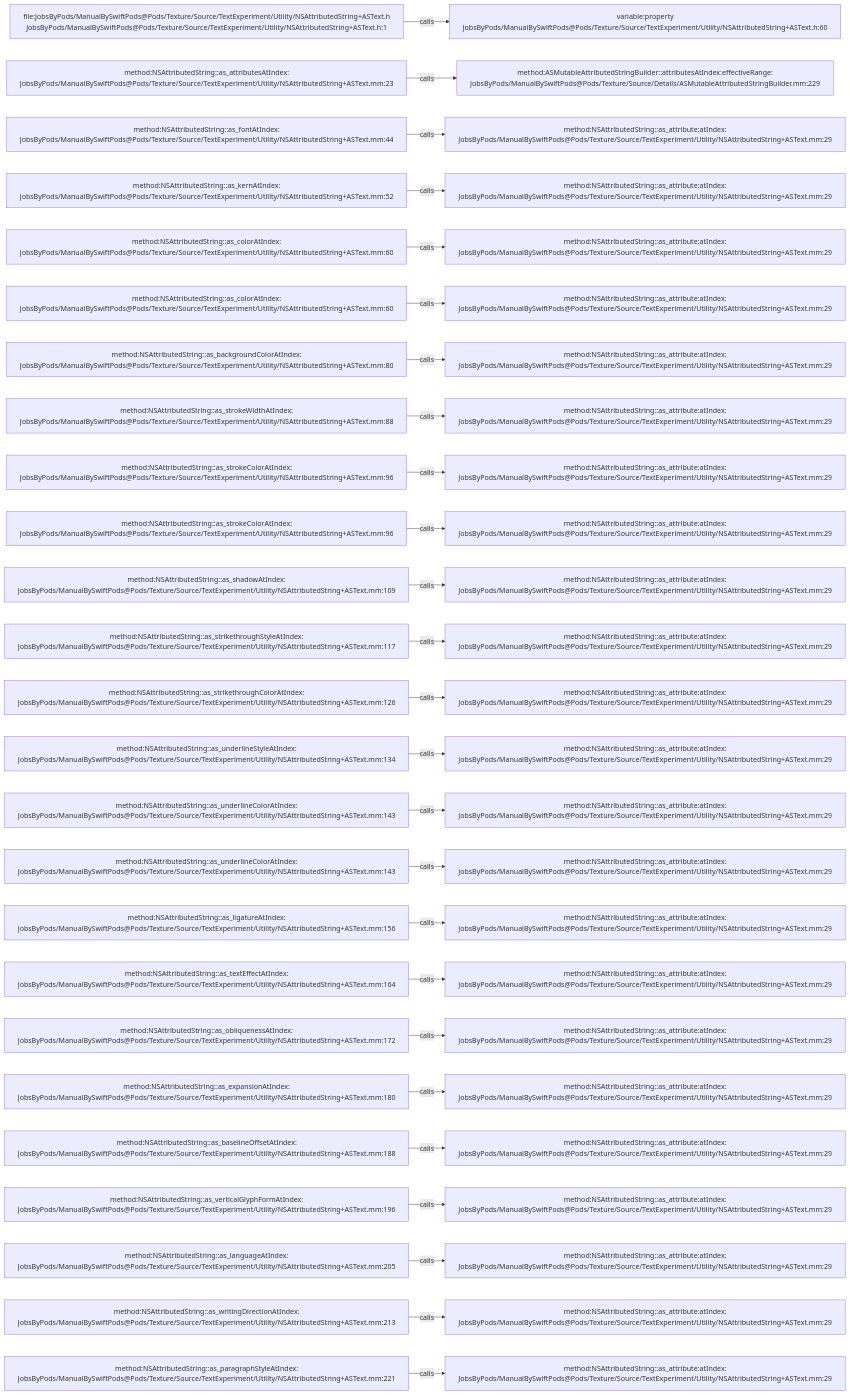
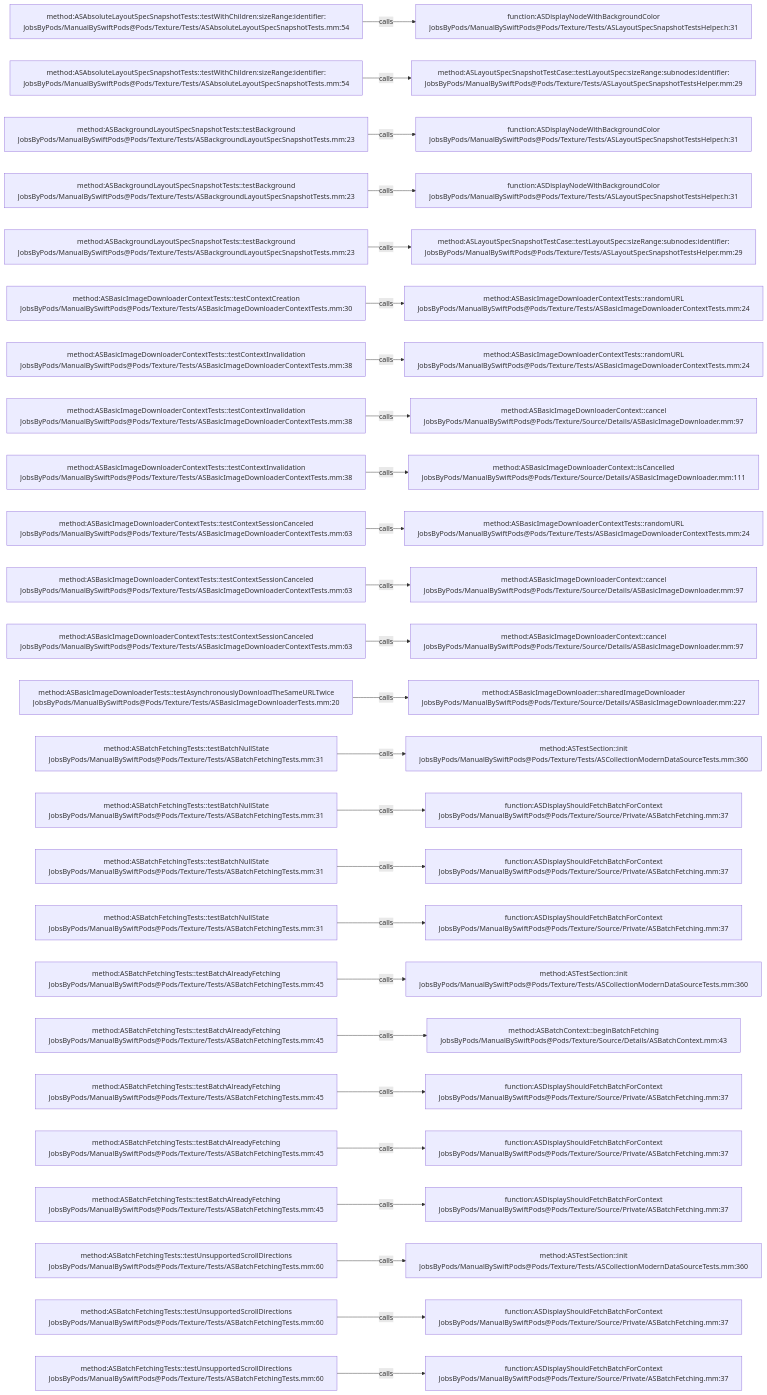
Before and after one commit to JobsKits/JobsSwiftBaseConfigDemo: the diagram in .codegraph/codegraph.md/graphs/calls-161.md, drawn with Mermaid. The commit also changed 832 other files, not shown here.

````diff
--- a/.codegraph/codegraph.md/graphs/calls-161.md
+++ b/.codegraph/codegraph.md/graphs/calls-161.md
@@ -13,78 +13,78 @@
 ```mermaid
 flowchart LR
-  S1["file:JobsByPods/ManualBySwiftPods@Pods/Texture/Source/TextExperiment/Utility/NSAttributedString+ASText.h<br/>JobsByPods/ManualBySwiftPods@Pods/Texture/Source/TextExperiment/Utility/NSAttributedString+ASText.h:1"]
-  T1["variable:property<br/>JobsByPods/ManualBySwiftPods@Pods/Texture/Source/TextExperiment/Utility/NSAttributedString+ASText.h:60"]
+  S1["method:ASAbsoluteLayoutSpecSnapshotTests::testWithChildren:sizeRange:identifier:<br/>JobsByPods/ManualBySwiftPods@Pods/Texture/Tests/ASAbsoluteLayoutSpecSnapshotTests.mm:54"]
+  T1["function:ASDisplayNodeWithBackgroundColor<br/>JobsByPods/ManualBySwiftPods@Pods/Texture/Tests/ASLayoutSpecSnapshotTestsHelper.h:31"]
   S1 -->|calls| T1
-  S2["method:NSAttributedString::as_attributesAtIndex:<br/>JobsByPods/ManualBySwiftPods@Pods/Texture/Source/TextExperiment/Utility/NSAttributedString+ASText.mm:23"]
-  T2["method:ASMutableAttributedStringBuilder::attributesAtIndex:effectiveRange:<br/>JobsByPods/ManualBySwiftPods@Pods/Texture/Source/Details/ASMutableAttributedStringBuilder.mm:229"]
+  S2["method:ASAbsoluteLayoutSpecSnapshotTests::testWithChildren:sizeRange:identifier:<br/>JobsByPods/ManualBySwiftPods@Pods/Texture/Tests/ASAbsoluteLayoutSpecSnapshotTests.mm:54"]
+  T2["method:ASLayoutSpecSnapshotTestCase::testLayoutSpec:sizeRange:subnodes:identifier:<br/>JobsByPods/ManualBySwiftPods@Pods/Texture/Tests/ASLayoutSpecSnapshotTestsHelper.mm:29"]
   S2 -->|calls| T2
-  S3["method:NSAttributedString::as_fontAtIndex:<br/>JobsByPods/ManualBySwiftPods@Pods/Texture/Source/TextExperiment/Utility/NSAttributedString+ASText.mm:44"]
-  T3["method:NSAttributedString::as_attribute:atIndex:<br/>JobsByPods/ManualBySwiftPods@Pods/Texture/Source/TextExperiment/Utility/NSAttributedString+ASText.mm:29"]
+  S3["method:ASBackgroundLayoutSpecSnapshotTests::testBackground<br/>JobsByPods/ManualBySwiftPods@Pods/Texture/Tests/ASBackgroundLayoutSpecSnapshotTests.mm:23"]
+  T3["function:ASDisplayNodeWithBackgroundColor<br/>JobsByPods/ManualBySwiftPods@Pods/Texture/Tests/ASLayoutSpecSnapshotTestsHelper.h:31"]
   S3 -->|calls| T3
-  S4["method:NSAttributedString::as_kernAtIndex:<br/>JobsByPods/ManualBySwiftPods@Pods/Texture/Source/TextExperiment/Utility/NSAttributedString+ASText.mm:52"]
-  T4["method:NSAttributedString::as_attribute:atIndex:<br/>JobsByPods/ManualBySwiftPods@Pods/Texture/Source/TextExperiment/Utility/NSAttributedString+ASText.mm:29"]
+  S4["method:ASBackgroundLayoutSpecSnapshotTests::testBackground<br/>JobsByPods/ManualBySwiftPods@Pods/Texture/Tests/ASBackgroundLayoutSpecSnapshotTests.mm:23"]
+  T4["function:ASDisplayNodeWithBackgroundColor<br/>JobsByPods/ManualBySwiftPods@Pods/Texture/Tests/ASLayoutSpecSnapshotTestsHelper.h:31"]
   S4 -->|calls| T4
-  S5["method:NSAttributedString::as_colorAtIndex:<br/>JobsByPods/ManualBySwiftPods@Pods/Texture/Source/TextExperiment/Utility/NSAttributedString+ASText.mm:60"]
-  T5["method:NSAttributedString::as_attribute:atIndex:<br/>JobsByPods/ManualBySwiftPods@Pods/Texture/Source/TextExperiment/Utility/NSAttributedString+ASText.mm:29"]
+  S5["method:ASBackgroundLayoutSpecSnapshotTests::testBackground<br/>JobsByPods/ManualBySwiftPods@Pods/Texture/Tests/ASBackgroundLayoutSpecSnapshotTests.mm:23"]
+  T5["method:ASLayoutSpecSnapshotTestCase::testLayoutSpec:sizeRange:subnodes:identifier:<br/>JobsByPods/ManualBySwiftPods@Pods/Texture/Tests/ASLayoutSpecSnapshotTestsHelper.mm:29"]
   S5 -->|calls| T5
-  S6["method:NSAttributedString::as_colorAtIndex:<br/>JobsByPods/ManualBySwiftPods@Pods/Texture/Source/TextExperiment/Utility/NSAttributedString+ASText.mm:60"]
-  T6["method:NSAttributedString::as_attribute:atIndex:<br/>JobsByPods/ManualBySwiftPods@Pods/Texture/Source/TextExperiment/Utility/NSAttributedString+ASText.mm:29"]
+  S6["method:ASBasicImageDownloaderContextTests::testContextCreation<br/>JobsByPods/ManualBySwiftPods@Pods/Texture/Tests/ASBasicImageDownloaderContextTests.mm:30"]
+  T6["method:ASBasicImageDownloaderContextTests::randomURL<br/>JobsByPods/ManualBySwiftPods@Pods/Texture/Tests/ASBasicImageDownloaderContextTests.mm:24"]
   S6 -->|calls| T6
-  S7["method:NSAttributedString::as_backgroundColorAtIndex:<br/>JobsByPods/ManualBySwiftPods@Pods/Texture/Source/TextExperiment/Utility/NSAttributedString+ASText.mm:80"]
-  T7["method:NSAttributedString::as_attribute:atIndex:<br/>JobsByPods/ManualBySwiftPods@Pods/Texture/Source/TextExperiment/Utility/NSAttributedString+ASText.mm:29"]
+  S7["method:ASBasicImageDownloaderContextTests::testContextInvalidation<br/>JobsByPods/ManualBySwiftPods@Pods/Texture/Tests/ASBasicImageDownloaderContextTests.mm:38"]
+  T7["method:ASBasicImageDownloaderContextTests::randomURL<br/>JobsByPods/ManualBySwiftPods@Pods/Texture/Tests/ASBasicImageDownloaderContextTests.mm:24"]
   S7 -->|calls| T7
-  S8["method:NSAttributedString::as_strokeWidthAtIndex:<br/>JobsByPods/ManualBySwiftPods@Pods/Texture/Source/TextExperiment/Utility/NSAttributedString+ASText.mm:88"]
-  T8["method:NSAttributedString::as_attribute:atIndex:<br/>JobsByPods/ManualBySwiftPods@Pods/Texture/Source/TextExperiment/Utility/NSAttributedString+ASText.mm:29"]
+  S8["method:ASBasicImageDownloaderContextTests::testContextInvalidation<br/>JobsByPods/ManualBySwiftPods@Pods/Texture/Tests/ASBasicImageDownloaderContextTests.mm:38"]
+  T8["method:ASBasicImageDownloaderContext::cancel<br/>JobsByPods/ManualBySwiftPods@Pods/Texture/Source/Details/ASBasicImageDownloader.mm:97"]
   S8 -->|calls| T8
-  S9["method:NSAttributedString::as_strokeColorAtIndex:<br/>JobsByPods/ManualBySwiftPods@Pods/Texture/Source/TextExperiment/Utility/NSAttributedString+ASText.mm:96"]
-  T9["method:NSAttributedString::as_attribute:atIndex:<br/>JobsByPods/ManualBySwiftPods@Pods/Texture/Source/TextExperiment/Utility/NSAttributedString+ASText.mm:29"]
+  S9["method:ASBasicImageDownloaderContextTests::testContextInvalidation<br/>JobsByPods/ManualBySwiftPods@Pods/Texture/Tests/ASBasicImageDownloaderContextTests.mm:38"]
+  T9["method:ASBasicImageDownloaderContext::isCancelled<br/>JobsByPods/ManualBySwiftPods@Pods/Texture/Source/Details/ASBasicImageDownloader.mm:111"]
   S9 -->|calls| T9
-  S10["method:NSAttributedString::as_strokeColorAtIndex:<br/>JobsByPods/ManualBySwiftPods@Pods/Texture/Source/TextExperiment/Utility/NSAttributedString+ASText.mm:96"]
-  T10["method:NSAttributedString::as_attribute:atIndex:<br/>JobsByPods/ManualBySwiftPods@Pods/Texture/Source/TextExperiment/Utility/NSAttributedString+ASText.mm:29"]
+  S10["method:ASBasicImageDownloaderContextTests::testContextSessionCanceled<br/>JobsByPods/ManualBySwiftPods@Pods/Texture/Tests/ASBasicImageDownloaderContextTests.mm:63"]
+  T10["method:ASBasicImageDownloaderContextTests::randomURL<br/>JobsByPods/ManualBySwiftPods@Pods/Texture/Tests/ASBasicImageDownloaderContextTests.mm:24"]
   S10 -->|calls| T10
-  S11["method:NSAttributedString::as_shadowAtIndex:<br/>JobsByPods/ManualBySwiftPods@Pods/Texture/Source/TextExperiment/Utility/NSAttributedString+ASText.mm:109"]
-  T11["method:NSAttributedString::as_attribute:atIndex:<br/>JobsByPods/ManualBySwiftPods@Pods/Texture/Source/TextExperiment/Utility/NSAttributedString+ASText.mm:29"]
+  S11["method:ASBasicImageDownloaderContextTests::testContextSessionCanceled<br/>JobsByPods/ManualBySwiftPods@Pods/Texture/Tests/ASBasicImageDownloaderContextTests.mm:63"]
+  T11["method:ASBasicImageDownloaderContext::cancel<br/>JobsByPods/ManualBySwiftPods@Pods/Texture/Source/Details/ASBasicImageDownloader.mm:97"]
   S11 -->|calls| T11
-  S12["method:NSAttributedString::as_strikethroughStyleAtIndex:<br/>JobsByPods/ManualBySwiftPods@Pods/Texture/Source/TextExperiment/Utility/NSAttributedString+ASText.mm:117"]
-  T12["method:NSAttributedString::as_attribute:atIndex:<br/>JobsByPods/ManualBySwiftPods@Pods/Texture/Source/TextExperiment/Utility/NSAttributedString+ASText.mm:29"]
+  S12["method:ASBasicImageDownloaderContextTests::testContextSessionCanceled<br/>JobsByPods/ManualBySwiftPods@Pods/Texture/Tests/ASBasicImageDownloaderContextTests.mm:63"]
+  T12["method:ASBasicImageDownloaderContext::cancel<br/>JobsByPods/ManualBySwiftPods@Pods/Texture/Source/Details/ASBasicImageDownloader.mm:97"]
   S12 -->|calls| T12
-  S13["method:NSAttributedString::as_strikethroughColorAtIndex:<br/>JobsByPods/ManualBySwiftPods@Pods/Texture/Source/TextExperiment/Utility/NSAttributedString+ASText.mm:126"]
-  T13["method:NSAttributedString::as_attribute:atIndex:<br/>JobsByPods/ManualBySwiftPods@Pods/Texture/Source/TextExperiment/Utility/NSAttributedString+ASText.mm:29"]
+  S13["method:ASBasicImageDownloaderTests::testAsynchronouslyDownloadTheSameURLTwice<br/>JobsByPods/ManualBySwiftPods@Pods/Texture/Tests/ASBasicImageDownloaderTests.mm:20"]
+  T13["method:ASBasicImageDownloader::sharedImageDownloader<br/>JobsByPods/ManualBySwiftPods@Pods/Texture/Source/Details/ASBasicImageDownloader.mm:227"]
   S13 -->|calls| T13
-  S14["method:NSAttributedString::as_underlineStyleAtIndex:<br/>JobsByPods/ManualBySwiftPods@Pods/Texture/Source/TextExperiment/Utility/NSAttributedString+ASText.mm:134"]
-  T14["method:NSAttributedString::as_attribute:atIndex:<br/>JobsByPods/ManualBySwiftPods@Pods/Texture/Source/TextExperiment/Utility/NSAttributedString+ASText.mm:29"]
+  S14["method:ASBatchFetchingTests::testBatchNullState<br/>JobsByPods/ManualBySwiftPods@Pods/Texture/Tests/ASBatchFetchingTests.mm:31"]
+  T14["method:ASTestSection::init<br/>JobsByPods/ManualBySwiftPods@Pods/Texture/Tests/ASCollectionModernDataSourceTests.mm:360"]
   S14 -->|calls| T14
-  S15["method:NSAttributedString::as_underlineColorAtIndex:<br/>JobsByPods/ManualBySwiftPods@Pods/Texture/Source/TextExperiment/Utility/NSAttributedString+ASText.mm:143"]
-  T15["method:NSAttributedString::as_attribute:atIndex:<br/>JobsByPods/ManualBySwiftPods@Pods/Texture/Source/TextExperiment/Utility/NSAttributedString+ASText.mm:29"]
+  S15["method:ASBatchFetchingTests::testBatchNullState<br/>JobsByPods/ManualBySwiftPods@Pods/Texture/Tests/ASBatchFetchingTests.mm:31"]
+  T15["function:ASDisplayShouldFetchBatchForContext<br/>JobsByPods/ManualBySwiftPods@Pods/Texture/Source/Private/ASBatchFetching.mm:37"]
   S15 -->|calls| T15
-  S16["method:NSAttributedString::as_underlineColorAtIndex:<br/>JobsByPods/ManualBySwiftPods@Pods/Texture/Source/TextExperiment/Utility/NSAttributedString+ASText.mm:143"]
-  T16["method:NSAttributedString::as_attribute:atIndex:<br/>JobsByPods/ManualBySwiftPods@Pods/Texture/Source/TextExperiment/Utility/NSAttributedString+ASText.mm:29"]
+  S16["method:ASBatchFetchingTests::testBatchNullState<br/>JobsByPods/ManualBySwiftPods@Pods/Texture/Tests/ASBatchFetchingTests.mm:31"]
+  T16["function:ASDisplayShouldFetchBatchForContext<br/>JobsByPods/ManualBySwiftPods@Pods/Texture/Source/Private/ASBatchFetching.mm:37"]
   S16 -->|calls| T16
-  S17["method:NSAttributedString::as_ligatureAtIndex:<br/>JobsByPods/ManualBySwiftPods@Pods/Texture/Source/TextExperiment/Utility/NSAttributedString+ASText.mm:156"]
-  T17["method:NSAttributedString::as_attribute:atIndex:<br/>JobsByPods/ManualBySwiftPods@Pods/Texture/Source/TextExperiment/Utility/NSAttributedString+ASText.mm:29"]
+  S17["method:ASBatchFetchingTests::testBatchNullState<br/>JobsByPods/ManualBySwiftPods@Pods/Texture/Tests/ASBatchFetchingTests.mm:31"]
+  T17["function:ASDisplayShouldFetchBatchForContext<br/>JobsByPods/ManualBySwiftPods@Pods/Texture/Source/Private/ASBatchFetching.mm:37"]
   S17 -->|calls| T17
-  S18["method:NSAttributedString::as_textEffectAtIndex:<br/>JobsByPods/ManualBySwiftPods@Pods/Texture/Source/TextExperiment/Utility/NSAttributedString+ASText.mm:164"]
-  T18["method:NSAttributedString::as_attribute:atIndex:<br/>JobsByPods/ManualBySwiftPods@Pods/Texture/Source/TextExperiment/Utility/NSAttributedString+ASText.mm:29"]
+  S18["method:ASBatchFetchingTests::testBatchAlreadyFetching<br/>JobsByPods/ManualBySwiftPods@Pods/Texture/Tests/ASBatchFetchingTests.mm:45"]
+  T18["method:ASTestSection::init<br/>JobsByPods/ManualBySwiftPods@Pods/Texture/Tests/ASCollectionModernDataSourceTests.mm:360"]
   S18 -->|calls| T18
-  S19["method:NSAttributedString::as_obliquenessAtIndex:<br/>JobsByPods/ManualBySwiftPods@Pods/Texture/Source/TextExperiment/Utility/NSAttributedString+ASText.mm:172"]
-  T19["method:NSAttributedString::as_attribute:atIndex:<br/>JobsByPods/ManualBySwiftPods@Pods/Texture/Source/TextExperiment/Utility/NSAttributedString+ASText.mm:29"]
+  S19["method:ASBatchFetchingTests::testBatchAlreadyFetching<br/>JobsByPods/ManualBySwiftPods@Pods/Texture/Tests/ASBatchFetchingTests.mm:45"]
+  T19["method:ASBatchContext::beginBatchFetching<br/>JobsByPods/ManualBySwiftPods@Pods/Texture/Source/Details/ASBatchContext.mm:43"]
   S19 -->|calls| T19
-  S20["method:NSAttributedString::as_expansionAtIndex:<br/>JobsByPods/ManualBySwiftPods@Pods/Texture/Source/TextExperiment/Utility/NSAttributedString+ASText.mm:180"]
-  T20["method:NSAttributedString::as_attribute:atIndex:<br/>JobsByPods/ManualBySwiftPods@Pods/Texture/Source/TextExperiment/Utility/NSAttributedString+ASText.mm:29"]
+  S20["method:ASBatchFetchingTests::testBatchAlreadyFetching<br/>JobsByPods/ManualBySwiftPods@Pods/Texture/Tests/ASBatchFetchingTests.mm:45"]
+  T20["function:ASDisplayShouldFetchBatchForContext<br/>JobsByPods/ManualBySwiftPods@Pods/Texture/Source/Private/ASBatchFetching.mm:37"]
   S20 -->|calls| T20
-  S21["method:NSAttributedString::as_baselineOffsetAtIndex:<br/>JobsByPods/ManualBySwiftPods@Pods/Texture/Source/TextExperiment/Utility/NSAttributedString+ASText.mm:188"]
-  T21["method:NSAttributedString::as_attribute:atIndex:<br/>JobsByPods/ManualBySwiftPods@Pods/Texture/Source/TextExperiment/Utility/NSAttributedString+ASText.mm:29"]
+  S21["method:ASBatchFetchingTests::testBatchAlreadyFetching<br/>JobsByPods/ManualBySwiftPods@Pods/Texture/Tests/ASBatchFetchingTests.mm:45"]
+  T21["function:ASDisplayShouldFetchBatchForContext<br/>JobsByPods/ManualBySwiftPods@Pods/Texture/Source/Private/ASBatchFetching.mm:37"]
   S21 -->|calls| T21
-  S22["method:NSAttributedString::as_verticalGlyphFormAtIndex:<br/>JobsByPods/ManualBySwiftPods@Pods/Texture/Source/TextExperiment/Utility/NSAttributedString+ASText.mm:196"]
-  T22["method:NSAttributedString::as_attribute:atIndex:<br/>JobsByPods/ManualBySwiftPods@Pods/Texture/Source/TextExperiment/Utility/NSAttributedString+ASText.mm:29"]
+  S22["method:ASBatchFetchingTests::testBatchAlreadyFetching<br/>JobsByPods/ManualBySwiftPods@Pods/Texture/Tests/ASBatchFetchingTests.mm:45"]
+  T22["function:ASDisplayShouldFetchBatchForContext<br/>JobsByPods/ManualBySwiftPods@Pods/Texture/Source/Private/ASBatchFetching.mm:37"]
   S22 -->|calls| T22
-  S23["method:NSAttributedString::as_languageAtIndex:<br/>JobsByPods/ManualBySwiftPods@Pods/Texture/Source/TextExperiment/Utility/NSAttributedString+ASText.mm:205"]
-  T23["method:NSAttributedString::as_attribute:atIndex:<br/>JobsByPods/ManualBySwiftPods@Pods/Texture/Source/TextExperiment/Utility/NSAttributedString+ASText.mm:29"]
+  S23["method:ASBatchFetchingTests::testUnsupportedScrollDirections<br/>JobsByPods/ManualBySwiftPods@Pods/Texture/Tests/ASBatchFetchingTests.mm:60"]
+  T23["method:ASTestSection::init<br/>JobsByPods/ManualBySwiftPods@Pods/Texture/Tests/ASCollectionModernDataSourceTests.mm:360"]
   S23 -->|calls| T23
-  S24["method:NSAttributedString::as_writingDirectionAtIndex:<br/>JobsByPods/ManualBySwiftPods@Pods/Texture/Source/TextExperiment/Utility/NSAttributedString+ASText.mm:213"]
-  T24["method:NSAttributedString::as_attribute:atIndex:<br/>JobsByPods/ManualBySwiftPods@Pods/Texture/Source/TextExperiment/Utility/NSAttributedString+ASText.mm:29"]
+  S24["method:ASBatchFetchingTests::testUnsupportedScrollDirections<br/>JobsByPods/ManualBySwiftPods@Pods/Texture/Tests/ASBatchFetchingTests.mm:60"]
+  T24["function:ASDisplayShouldFetchBatchForContext<br/>JobsByPods/ManualBySwiftPods@Pods/Texture/Source/Private/ASBatchFetching.mm:37"]
   S24 -->|calls| T24
-  S25["method:NSAttributedString::as_paragraphStyleAtIndex:<br/>JobsByPods/ManualBySwiftPods@Pods/Texture/Source/TextExperiment/Utility/NSAttributedString+ASText.mm:221"]
-  T25["method:NSAttributedString::as_attribute:atIndex:<br/>JobsByPods/ManualBySwiftPods@Pods/Texture/Source/TextExperiment/Utility/NSAttributedString+ASText.mm:29"]
+  S25["method:ASBatchFetchingTests::testUnsupportedScrollDirections<br/>JobsByPods/ManualBySwiftPods@Pods/Texture/Tests/ASBatchFetchingTests.mm:60"]
+  T25["function:ASDisplayShouldFetchBatchForContext<br/>JobsByPods/ManualBySwiftPods@Pods/Texture/Source/Private/ASBatchFetching.mm:37"]
   S25 -->|calls| T25
 ```
````
